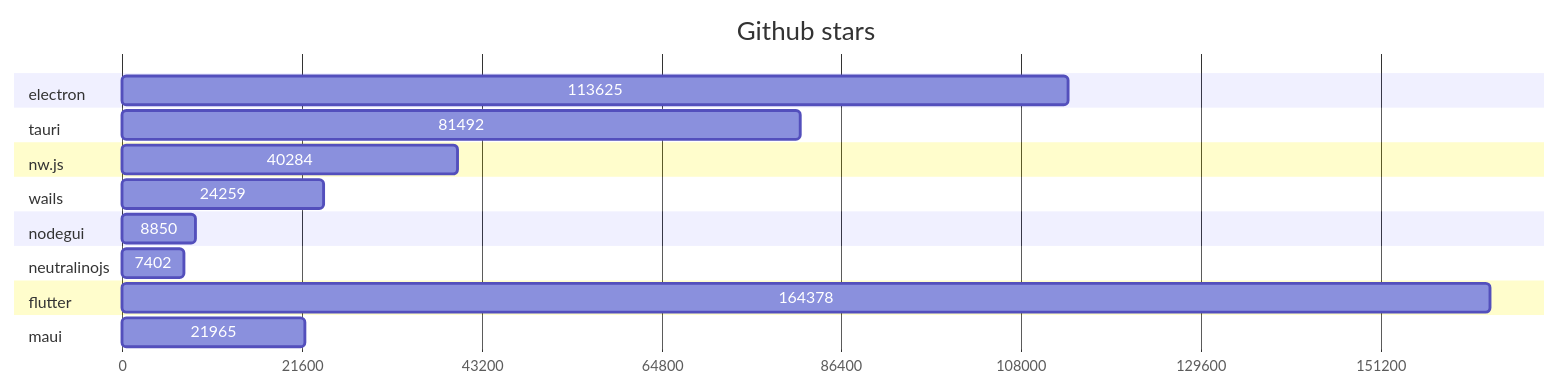
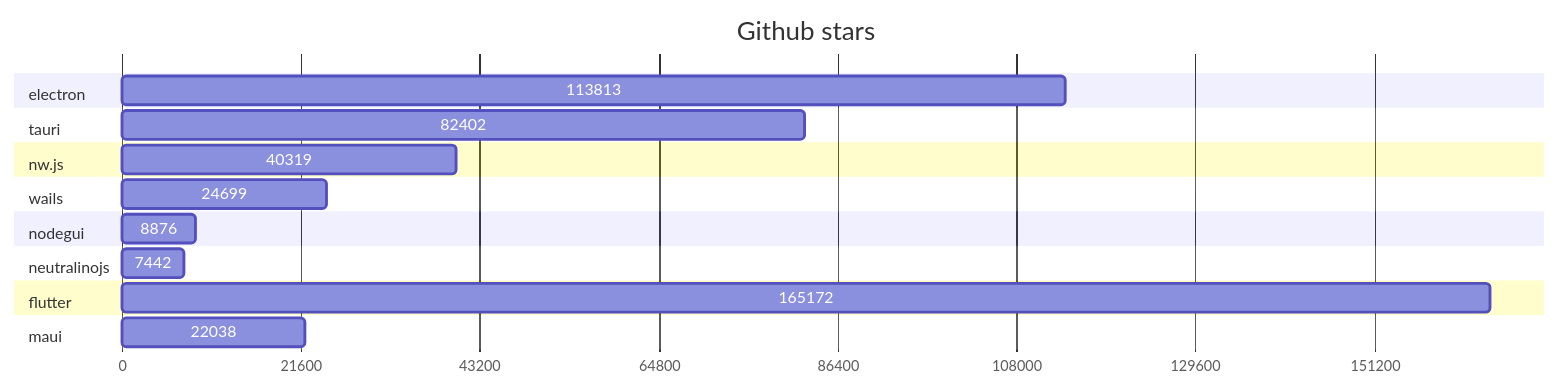
The first of 2 diagrams in GRAPHS.md (Elanis/web-to-desktop-framework-comparison), drawn with Mermaid before and after one commit. The commit also changed other lines of this file and 2 other files, not shown here.

Commit message:
Update stars & Fork

````diff
--- a/GRAPHS.md
+++ b/GRAPHS.md
@@ -5,40 +5,40 @@
 ```mermaid
 gantt
     title Github stars
     dateFormat  X
     axisFormat %s
 
 
 	section electron
-	113625 : 0, 113625
+	113813 : 0, 113813
 
 	
 	section tauri
-	81492 : 0, 81492
+	82402 : 0, 82402
 
 	
 	section nw.js
-	40284 : 0, 40284
+	40319 : 0, 40319
 
 	
 	section wails
-	24259 : 0, 24259
+	24699 : 0, 24699
 
 	
 	section nodegui
-	8850 : 0, 8850
+	8876 : 0, 8876
 
 	
 	section neutralinojs
-	7402 : 0, 7402
+	7442 : 0, 7442
 
 	
 	section flutter
-	164378 : 0, 164378
+	165172 : 0, 165172
 
 	
 	section maui
-	21965 : 0, 21965
+	22038 : 0, 22038
 
 	
 ```
````
